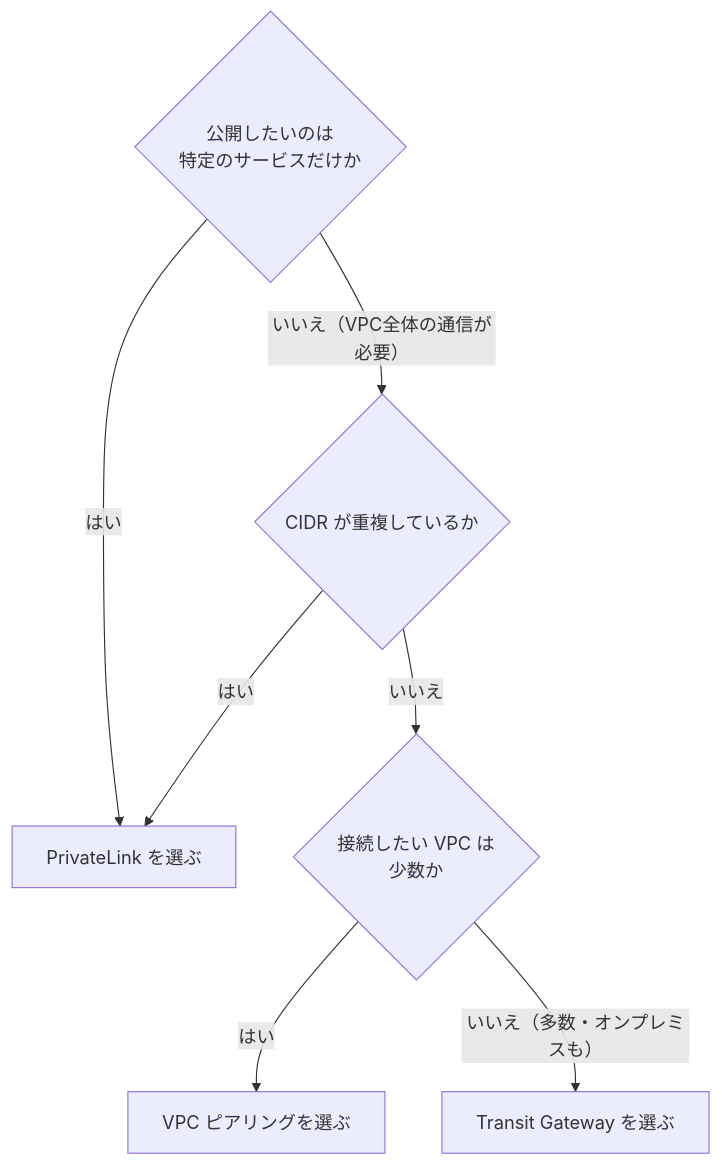
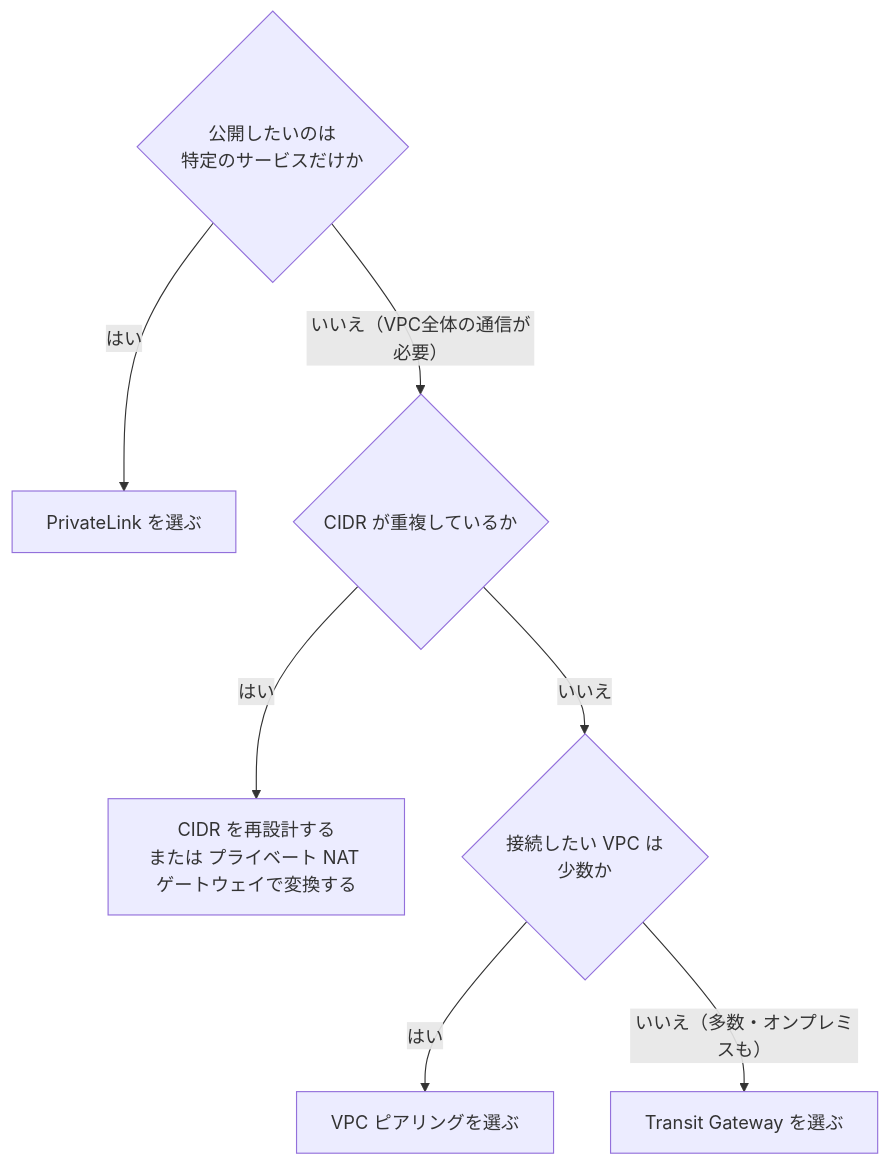
The ninth of 26 diagrams in Ans-c01-domain3-network-management-operation-guide.md (myoshi2891/Cloud-Infrastructure-and-Network-Studies), drawn with Mermaid before and after one commit. The commit also changed other lines of this file and 1 other file, not shown here.

````diff
--- a/Ans-c01-domain3-network-management-operation-guide.md
+++ b/Ans-c01-domain3-network-management-operation-guide.md
@@ -441,9 +441,9 @@
 ```mermaid
 flowchart TD
     Q1{"公開したいのは<br/>特定のサービスだけか"} -- "はい" --> PL["PrivateLink を選ぶ"]
     Q1 -- "いいえ（VPC全体の通信が必要）" --> Q2{"CIDR が重複しているか"}
-    Q2 -- "はい" --> PL
+    Q2 -- "はい" --> RE["CIDR を再設計する<br/>または プライベート NAT ゲートウェイで変換する"]
     Q2 -- "いいえ" --> Q3{"接続したい VPC は<br/>少数か"}
     Q3 -- "はい" --> PEER["VPC ピアリングを選ぶ"]
     Q3 -- "いいえ（多数・オンプレミスも）" --> TGW["Transit Gateway を選ぶ"]
 ```
````
